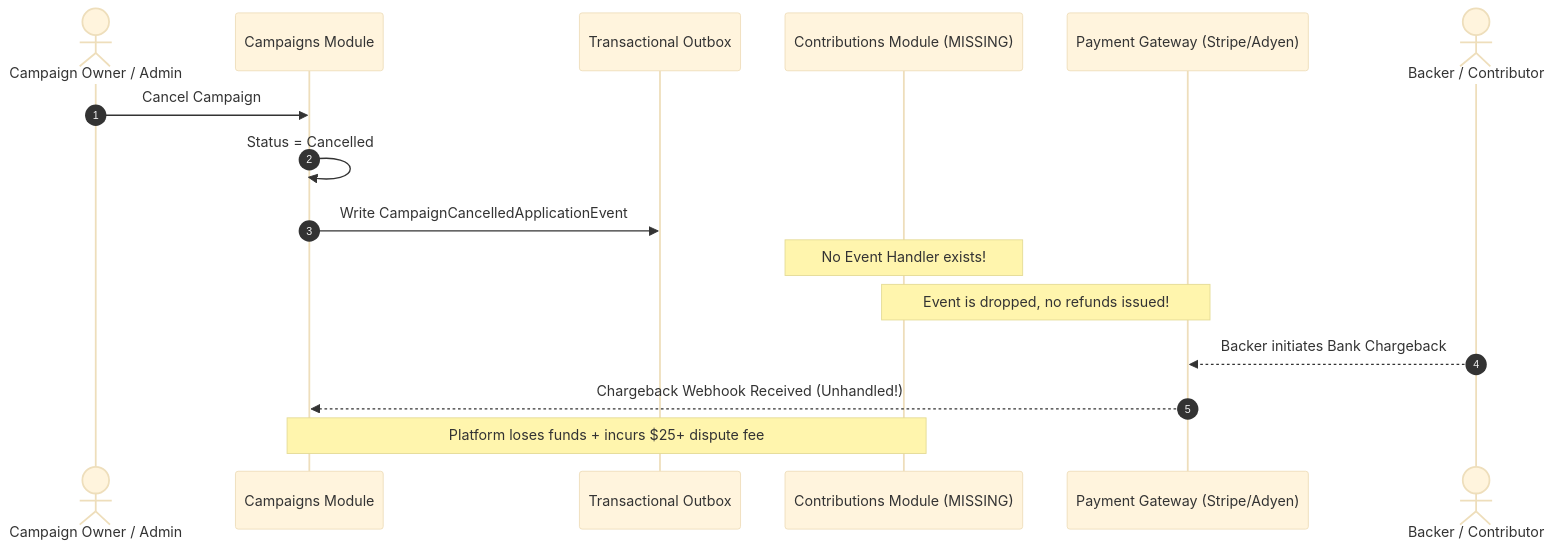
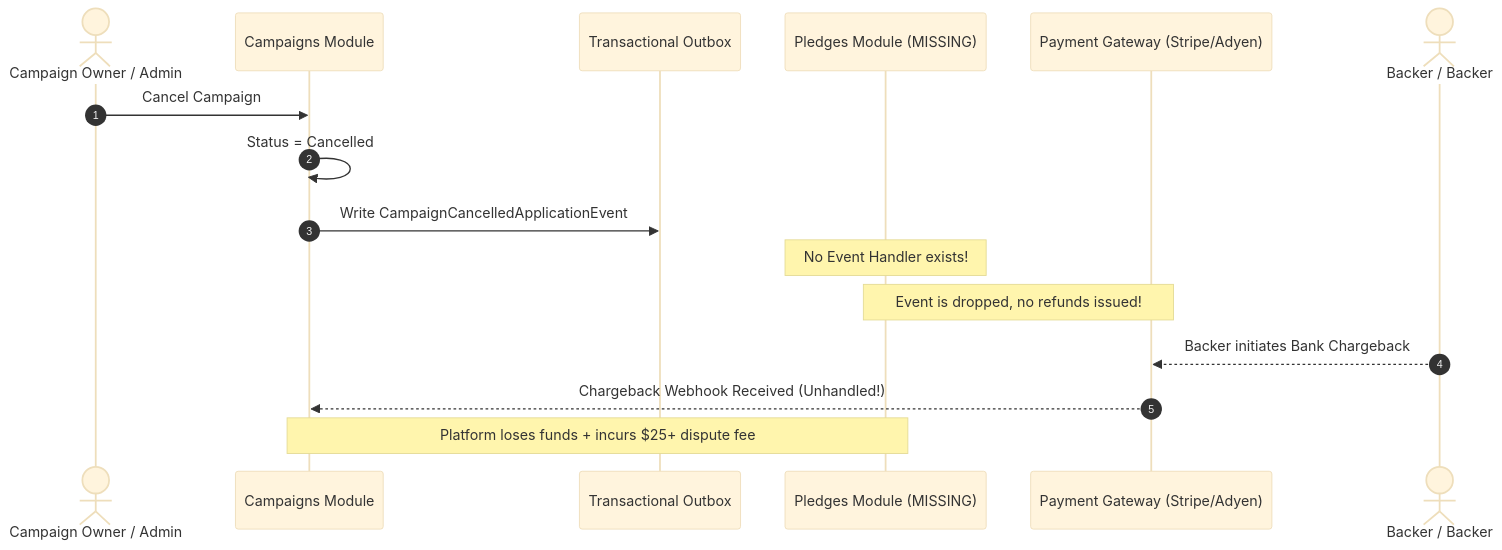
The second of 6 diagrams in docs/PLATFORM_SHORTCOMINGS.md (maysamgamini/crowdfundinghub), drawn with Mermaid (base theme) before and after one commit. The commit also changed other lines of this file and 571 other files, not shown here.

First line of the commit message:
refactor: use the course vocabulary, pledge and backer, where the code said contribution and contributor

````diff
--- a/docs/PLATFORM_SHORTCOMINGS.md
+++ b/docs/PLATFORM_SHORTCOMINGS.md
@@ -101,19 +101,19 @@
 ```mermaid
 sequenceDiagram
     autonumber
     actor Creator as Campaign Owner / Admin
     participant CampAPI as Campaigns Module
     participant Outbox as Transactional Outbox
-    participant ContribAPI as Contributions Module (MISSING)
+    participant ContribAPI as Pledges Module (MISSING)
     participant Gateway as Payment Gateway (Stripe/Adyen)
-    actor Backer as Backer / Contributor
+    actor Backer as Backer / Backer
 
     Creator->>CampAPI: Cancel Campaign
     CampAPI->>CampAPI: Status = Cancelled
     CampAPI->>Outbox: Write CampaignCancelledApplicationEvent
     Note over ContribAPI: No Event Handler exists!
     Note over ContribAPI,Gateway: Event is dropped, no refunds issued!
     Backer-->>Gateway: Backer initiates Bank Chargeback
     Gateway-->>CampAPI: Chargeback Webhook Received (Unhandled!)
     Note over CampAPI,ContribAPI: Platform loses funds + incurs $25+ dispute fee
 ```
````
